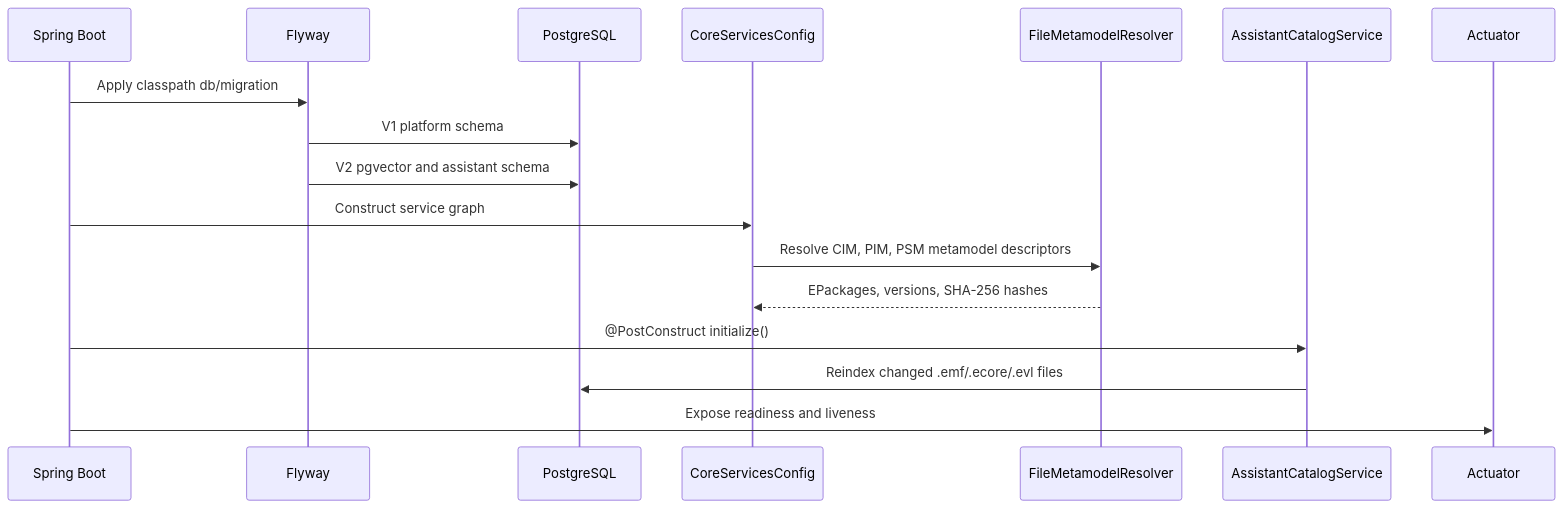
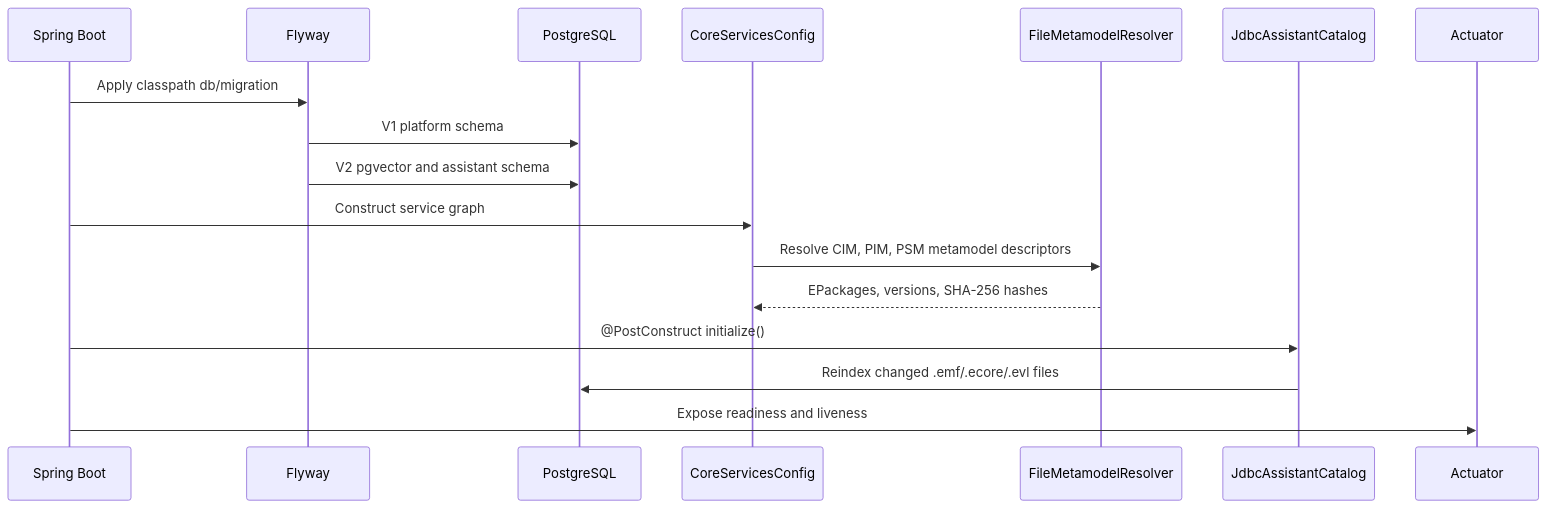
Before and after one commit to mehdieidi/modriss: the second of 2 diagrams in docs/diagrams/04-deployment-and-runtime.md, drawn with Mermaid. The commit also changed other lines of this file and 50 other files, not shown here.

````diff
--- a/docs/diagrams/04-deployment-and-runtime.md
+++ b/docs/diagrams/04-deployment-and-runtime.md
@@ -32,20 +37,20 @@
 ```mermaid
 sequenceDiagram
     participant Boot as Spring Boot
     participant Flyway
     participant DB as PostgreSQL
     participant Core as CoreServicesConfig
     participant Meta as FileMetamodelResolver
-    participant Catalog as AssistantCatalogService
+    participant Catalog as JdbcAssistantCatalog
     participant Health as Actuator
 
     Boot->>Flyway: Apply classpath db/migration
     Flyway->>DB: V1 platform schema
     Flyway->>DB: V2 pgvector and assistant schema
     Boot->>Core: Construct service graph
     Core->>Meta: Resolve CIM, PIM, PSM metamodel descriptors
     Meta-->>Core: EPackages, versions, SHA-256 hashes
     Boot->>Catalog: @PostConstruct initialize()
     Catalog->>DB: Reindex changed .emf/.ecore/.evl files
     Boot->>Health: Expose readiness and liveness
 ```
````
